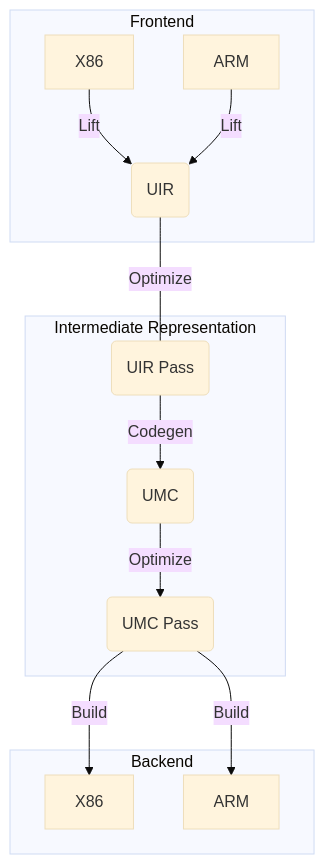
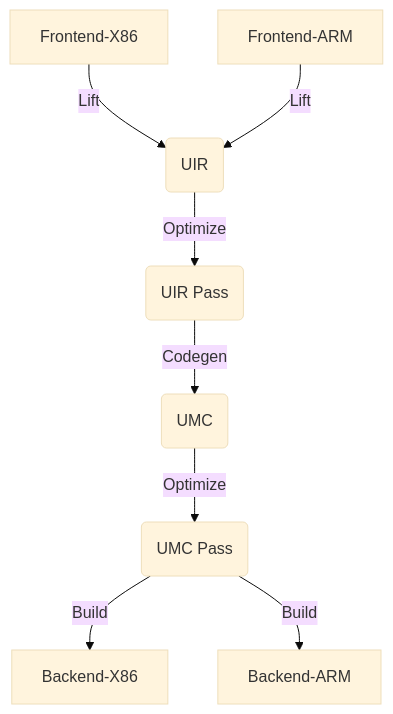
Before and after one commit to NewWorldComingSoon/UnknownRebuilder: the diagram in README.md, drawn with Mermaid (base theme).

````diff
--- a/README.md
+++ b/README.md
@@ -8,20 +8,14 @@
 ```mermaid
 graph TB
 
-subgraph Frontend
-A1[X86] -->|Lift| B(UIR)
-A2[ARM] -->|Lift| B(UIR)
-end
+A1[Frontend-X86] -->|Lift| B(UIR)
+A2[Frontend-ARM] -->|Lift| B(UIR)
 
-subgraph Intermediate Representation
-B ---|Optimize| C(UIR Pass)
+B -->|Optimize| C(UIR Pass)
 C -->|Codegen| D(UMC)
 D -->|Optimize| E(UMC Pass)
-end
 
-subgraph Backend
-E -->|Build| F1[X86]
-E -->|Build| F2[ARM]
-end
+E -->|Build| F1[Backend-X86]
+E -->|Build| F2[Backend-ARM]
 
 ```
````
